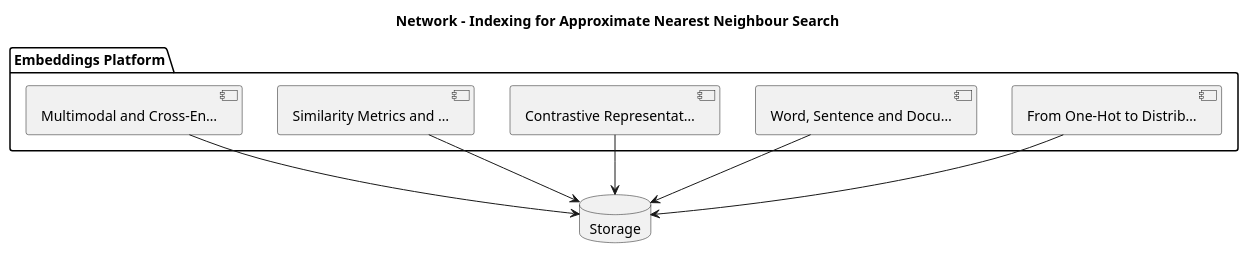
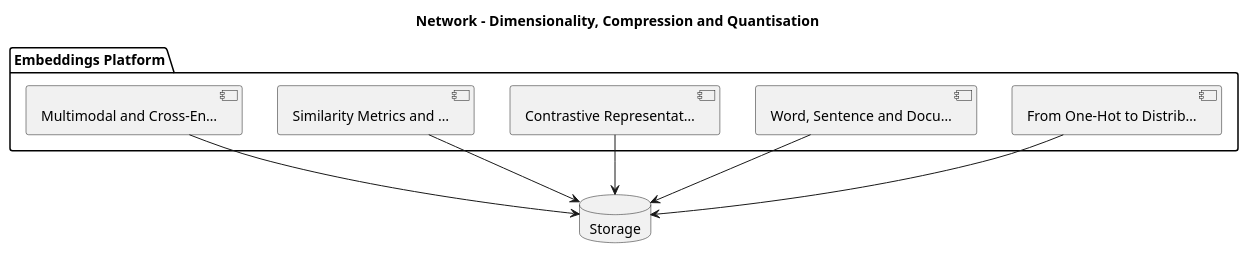
The diagram in content/embeddings/embeddings-foundations/diagrams/fig-009-network.puml (ankit05121980/AI-University), drawn with PlantUML before and after one commit. The commit also changed 408 other files, not shown here.

First line of the commit message:
Chapter-paginated reader, fix horizontal scroll, richer diagrams + UI

```diff
--- a/content/embeddings/embeddings-foundations/diagrams/fig-009-network.puml
+++ b/content/embeddings/embeddings-foundations/diagrams/fig-009-network.puml
@@ -1,16 +1,16 @@
 @startuml
-title Network - Indexing for Approximate Nearest Neighbour Search
+title Network - Dimensionality, Compression and Quantisation
 package "Embeddings Platform" {
   component "From One-Hot to Distrib…" as C0
   component "Word, Sentence and Docu…" as C1
   component "Contrastive Representat…" as C2
   component "Similarity Metrics and …" as C3
   component "Multimodal and Cross-En…" as C4
 }
 database "Storage" as DB
 C0 --> DB
 C1 --> DB
 C2 --> DB
 C3 --> DB
 C4 --> DB
 @enduml
```
